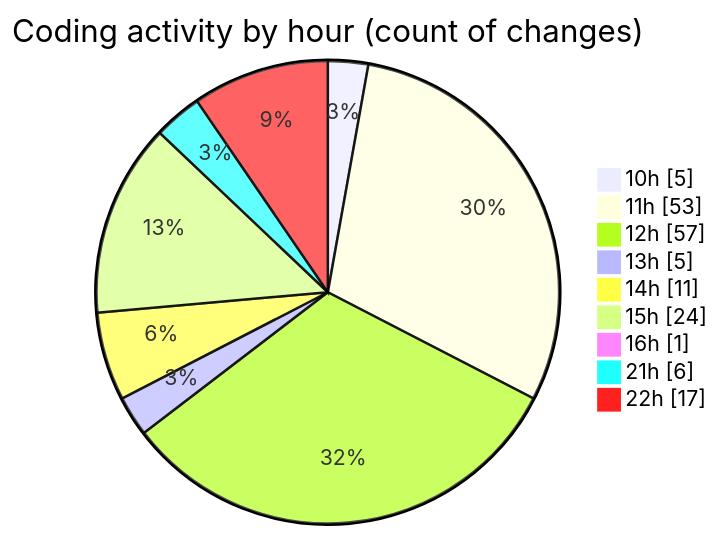
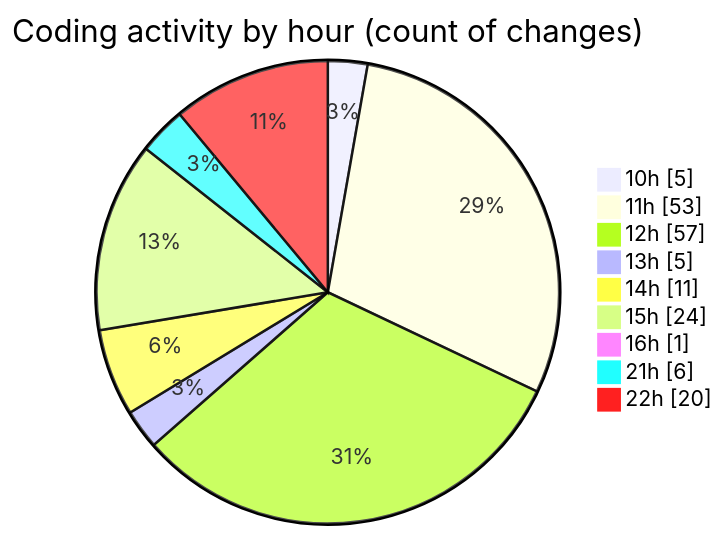
The second of 2 diagrams in 2025-06-17/cda/README.md (momahboobian/code-tracking), drawn with Mermaid before and after one commit. The commit also changed other lines of this file and 1 other file, not shown here.

````diff
--- a/2025-06-17/cda/README.md
+++ b/2025-06-17/cda/README.md
@@ -61,13 +61,13 @@
 ```mermaid
 pie showData
 title Coding activity by hour (count of changes)
 "10h" : 5
 "11h" : 53
 "12h" : 57
 "13h" : 5
 "14h" : 11
 "15h" : 24
 "16h" : 1
 "21h" : 6
-"22h" : 17
+"22h" : 20
 ```
````
